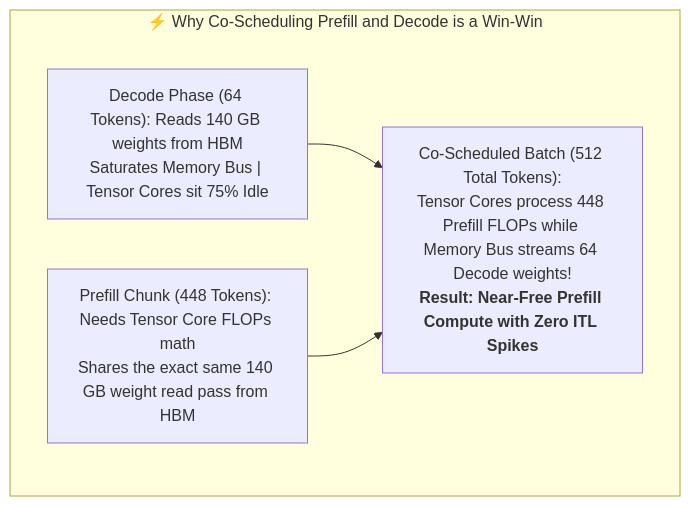
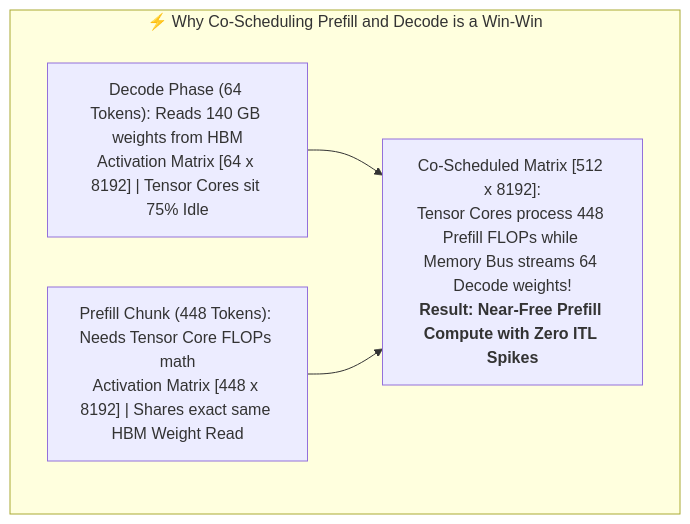
Before and after one commit to Marinette101/vllm-learning-notes: the fourth of 11 diagrams in docs/en/03_performance_and_quality.md, drawn with Mermaid. The commit also changed other lines of this file, not shown here.

Commit message:
Add concrete Layer Tensor Shape Analysis subsection to Section 2.4 showing GEMM activation matrix shapes [64 x 8192] vs [512 x 8192]

````diff
--- a/docs/en/03_performance_and_quality.md
+++ b/docs/en/03_performance_and_quality.md
@@ -264,9 +284,9 @@
 ```mermaid
 flowchart TD
     subgraph DECODE_BENEFIT ["⚡ Why Co-Scheduling Prefill and Decode is a Win-Win"]
-        D_IDLE["Decode Phase (64 Tokens): Reads 140 GB weights from HBM<br>Saturates Memory Bus | Tensor Cores sit 75% Idle"]
-        P_COMP["Prefill Chunk (448 Tokens): Needs Tensor Core FLOPs math<br>Shares the exact same 140 GB weight read pass from HBM"]
+        D_IDLE["Decode Phase (64 Tokens): Reads 140 GB weights from HBM<br>Activation Matrix [64 x 8192] | Tensor Cores sit 75% Idle"]
+        P_COMP["Prefill Chunk (448 Tokens): Needs Tensor Core FLOPs math<br>Activation Matrix [448 x 8192] | Shares exact same HBM Weight Read"]
         
-        D_IDLE & P_COMP --> FUSED["Co-Scheduled Batch (512 Total Tokens):<br>Tensor Cores process 448 Prefill FLOPs while Memory Bus streams 64 Decode weights!<br><b>Result: Near-Free Prefill Compute with Zero ITL Spikes</b>"]
+        D_IDLE & P_COMP --> FUSED["Co-Scheduled Matrix [512 x 8192]:<br>Tensor Cores process 448 Prefill FLOPs while Memory Bus streams 64 Decode weights!<br><b>Result: Near-Free Prefill Compute with Zero ITL Spikes</b>"]
     end
 ```
````
